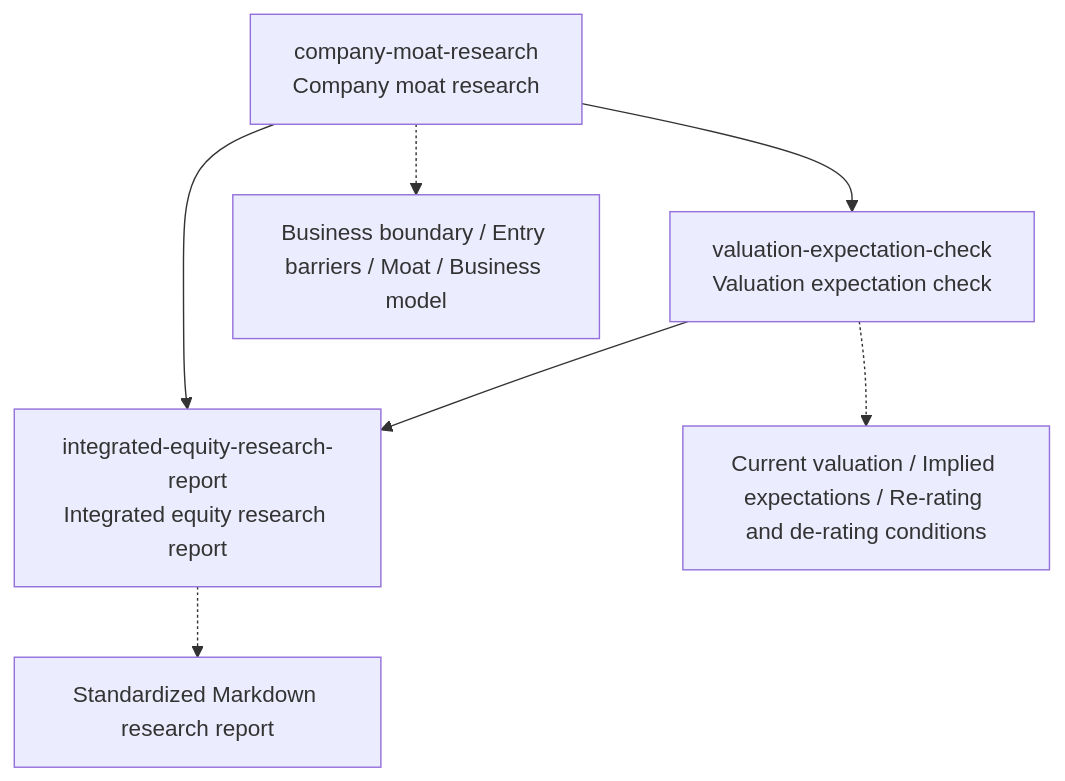
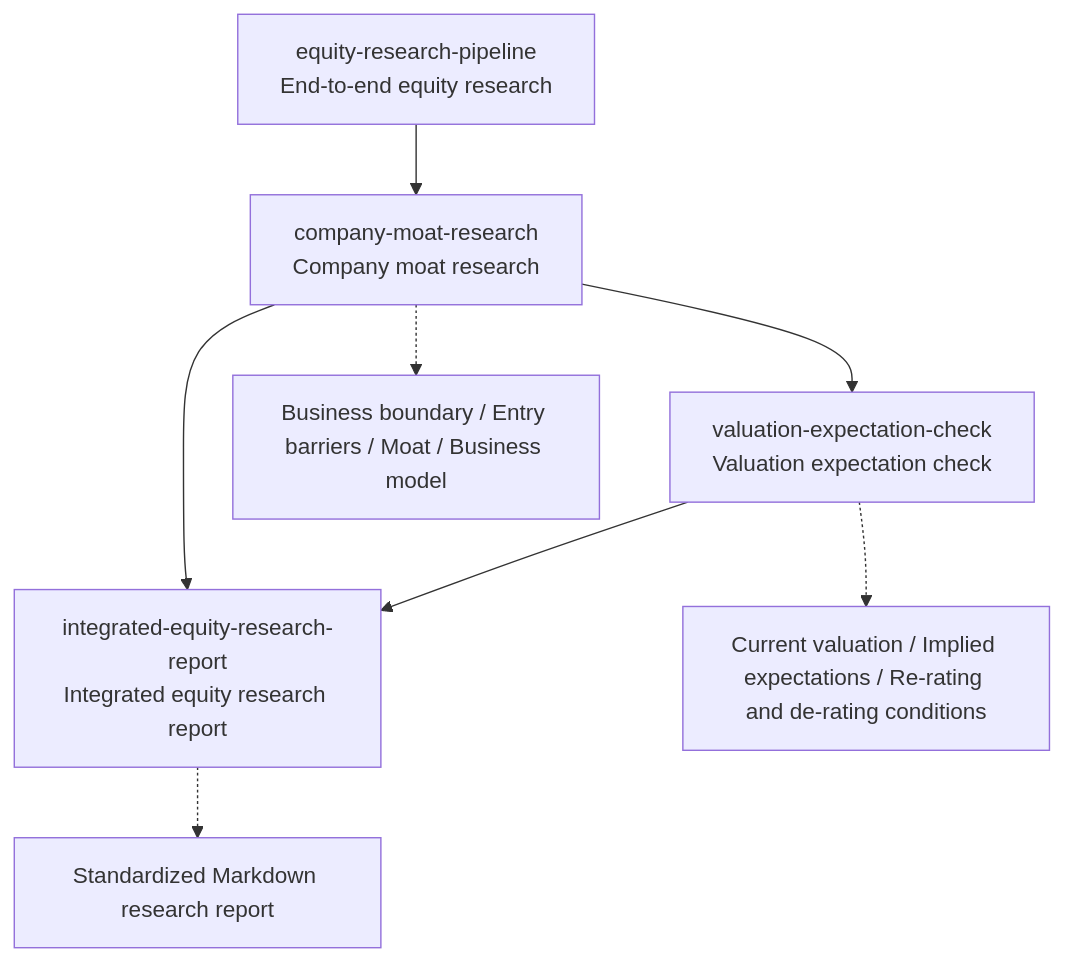
One commit to vampire-locker/investment-research-skills changed the diagram in README.en.md. Above: the diagram before and after it, drawn with Mermaid. The commit also changed other lines of this file and 3 other files, not shown here.

Commit message:
add equity-research-pipeline skill for one-command end-to-end research

````diff
--- a/README.en.md
+++ b/README.en.md
@@ -65,10 +67,11 @@
 ```mermaid
 flowchart TD
     A["company-moat-research<br/>Company moat research"] --> B["valuation-expectation-check<br/>Valuation expectation check"]
     A --> C["integrated-equity-research-report<br/>Integrated equity research report"]
     B --> C
+    P["equity-research-pipeline<br/>End-to-end equity research"] --> A
 
     A -.-> D["Business boundary / Entry barriers / Moat / Business model"]
     B -.-> E["Current valuation / Implied expectations / Re-rating and de-rating conditions"]
     C -.-> F["Standardized Markdown research report"]
 ```
````
